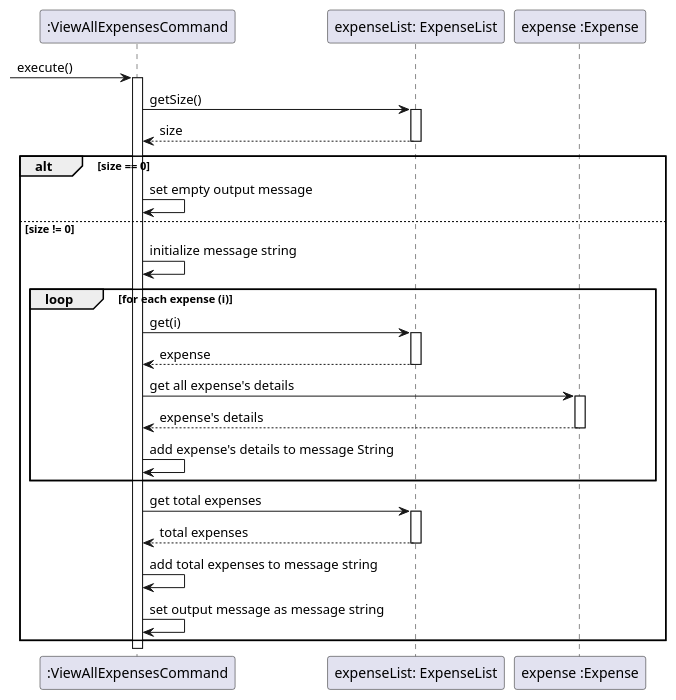
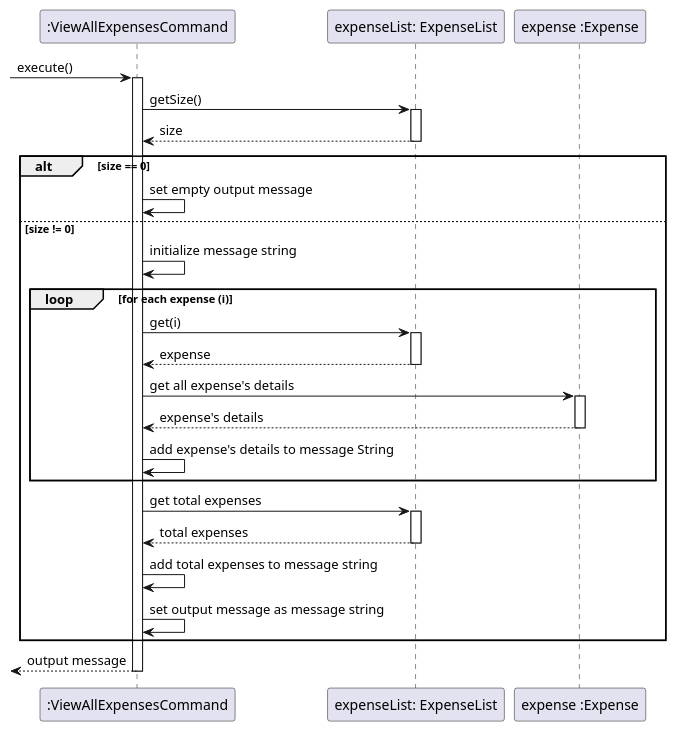
One commit to thienkimtranhoang/tp changed the diagram in docs/diagrams/ViewAllExpenses.puml. Above: the diagram before and after it, drawn with PlantUML. The commit also changed 27 other files, not shown here.

```diff
--- a/docs/diagrams/ViewAllExpenses.puml
+++ b/docs/diagrams/ViewAllExpenses.puml
@@ -1,26 +1,28 @@
 @startuml
 
 participant ":ViewAllExpensesCommand" as Command
 participant "expenseList: ExpenseList" as expenseList
 participant "expense :Expense" as expense
--> Command ++:execute()
+
+-> Command ++: execute()
 Command -> expenseList ++: getSize()
 Command <-- expenseList --: size
 alt size == 0
     Command -> Command: set empty output message
 else size != 0
     Command -> Command: initialize message string
     loop for each expense (i)
         Command -> expenseList ++: get(i)
         Command <-- expenseList --: expense
         Command -> expense ++: get all expense's details
         Command <-- expense --: expense's details
         Command -> Command: add expense's details to message String
     end
     Command -> expenseList ++: get total expenses
     Command <-- expenseList --: total expenses
     Command -> Command: add total expenses to message string
     Command -> Command: set output message as message string
 end
+return output message
 
 @enduml
```
